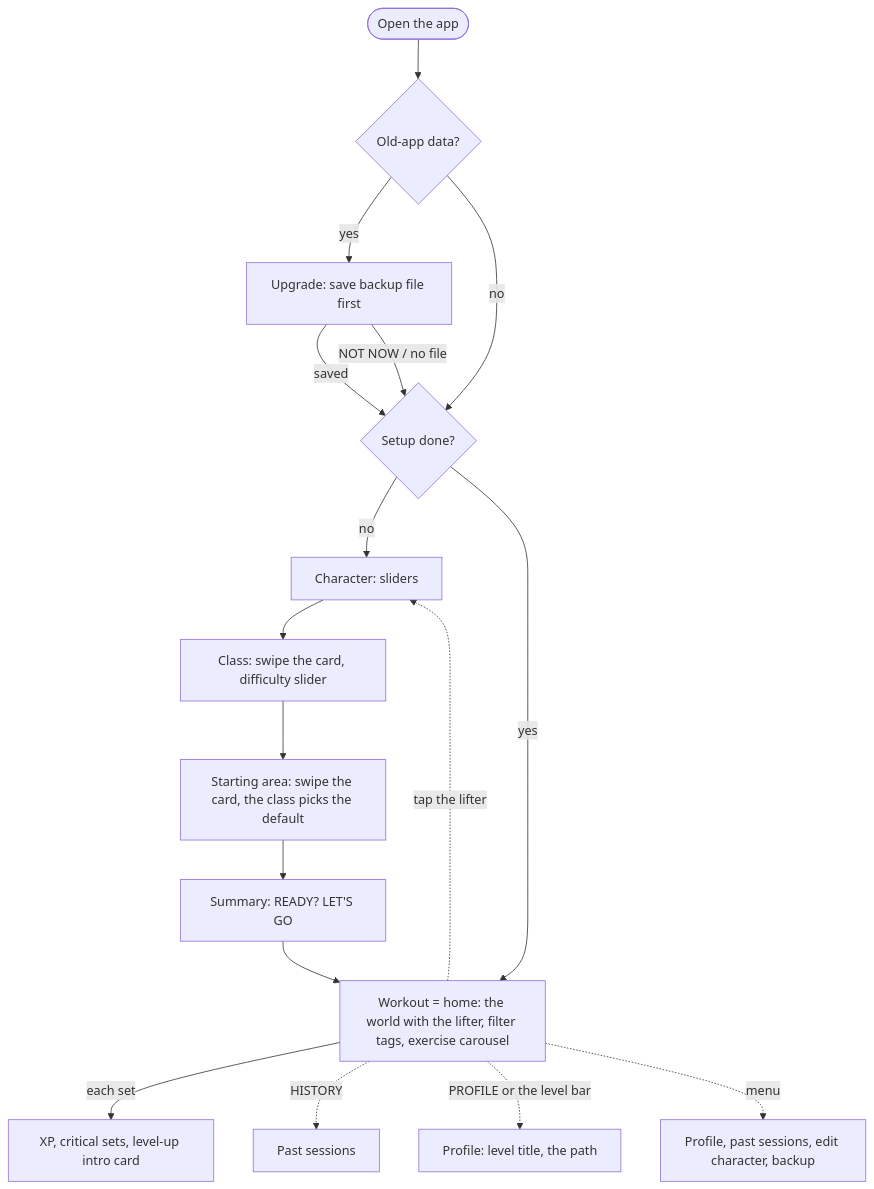
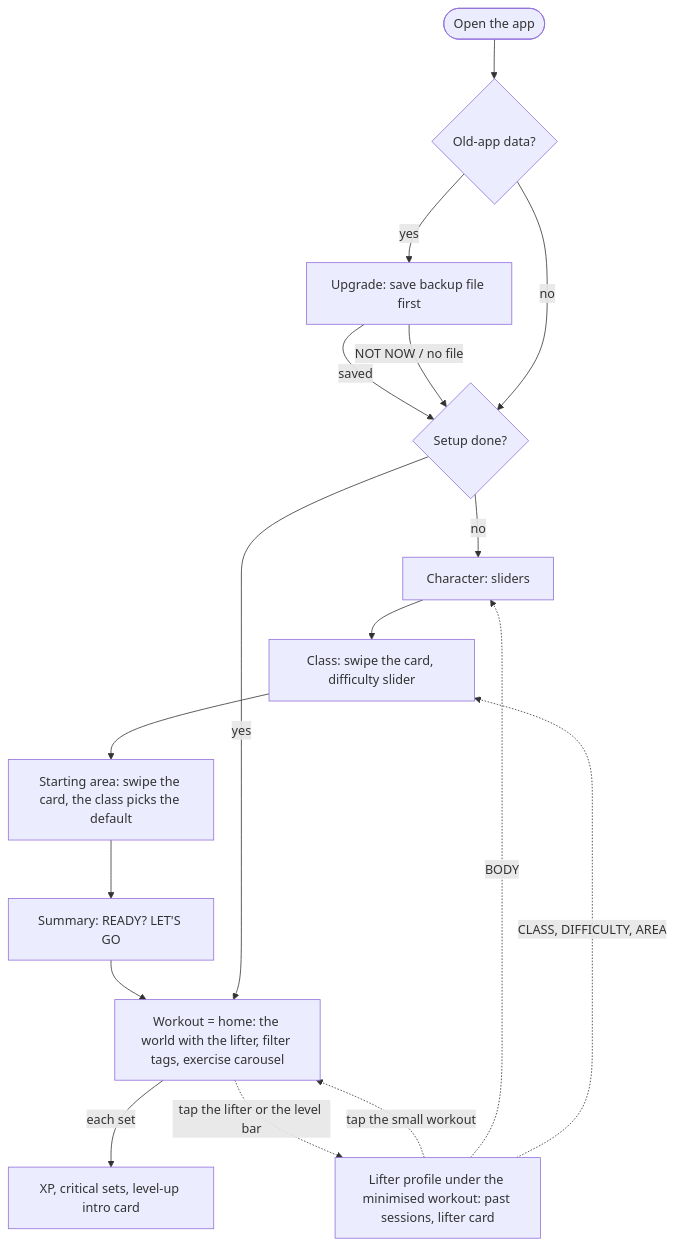
The diagram in docs/app-flow.md (alex-antohi/pumplex), drawn with Mermaid before and after one commit. The commit also changed other lines of this file and 8 other files, not shown here.

First line of the commit message:
Lifter profile under a minimised workout; no bottom bar, no menu (D50)

````diff
--- a/docs/app-flow.md
+++ b/docs/app-flow.md
@@ -25,21 +25,21 @@
 ```mermaid
 flowchart TD
     launch([Open the app]) --> old{Old-app data?}
     old -- yes --> migrate[Upgrade: save backup file first]
     migrate -- saved --> setupDone
     migrate -- NOT NOW / no file --> setupDone
     old -- no --> setupDone{Setup done?}
     setupDone -- no --> char[Character: sliders]
     char --> cls[Class: swipe the card, difficulty slider]
     cls --> area[Starting area: swipe the card, the class picks the default]
     area --> summary[Summary: READY? LET'S GO]
     summary --> work
     setupDone -- yes --> work[Workout = home: the world with the lifter, filter tags, exercise carousel]
 
     work -- each set --> xp[XP, critical sets, level-up intro card]
 
-    work -. HISTORY .-> history[Past sessions]
-    work -. PROFILE or the level bar .-> profile[Profile: level title, the path]
-    work -. tap the lifter .-> char
-    work -. menu .-> menu[Profile, past sessions, edit character, backup]
+    work -. tap the lifter or the level bar .-> lifter[Lifter profile under the minimised workout: past sessions, lifter card]
+    lifter -. tap the small workout .-> work
+    lifter -. BODY .-> char
+    lifter -. CLASS, DIFFICULTY, AREA .-> cls
 ```
````
